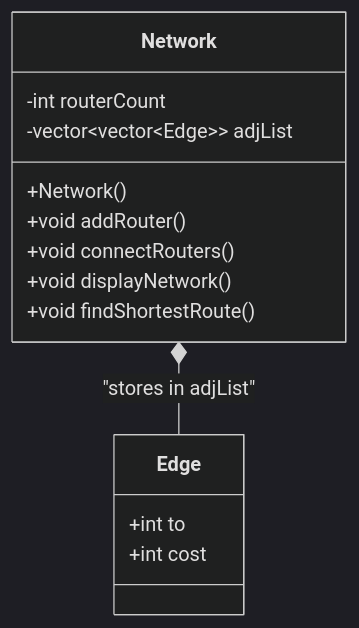
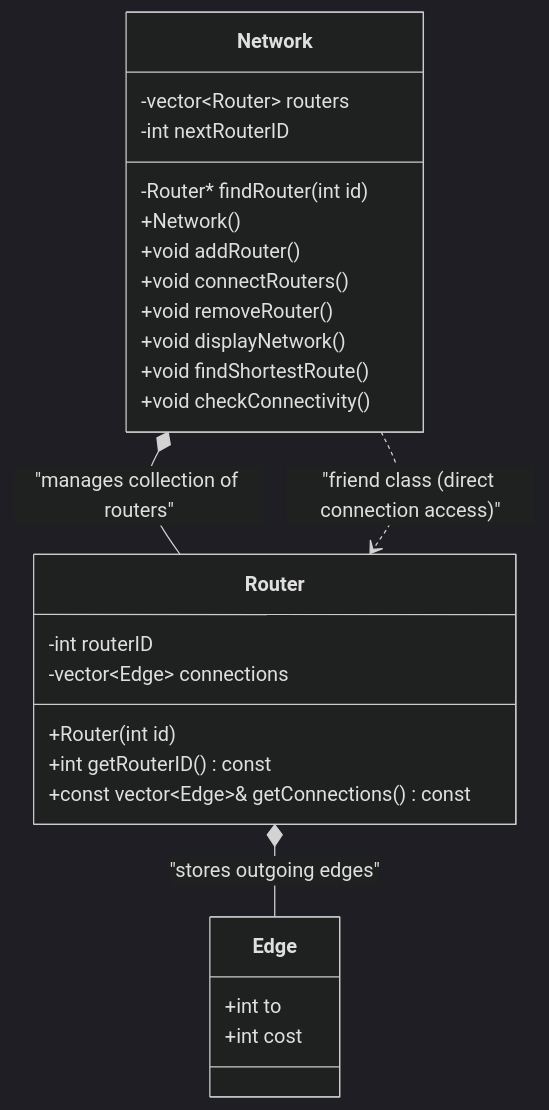
Before and after one commit to netizen-om/NetRouteSimulator: the diagram in OOP_DESIGN.md, drawn with Mermaid (dark theme). The commit also changed other lines of this file and 4 other files, not shown here.

````diff
--- a/OOP_DESIGN.md
+++ b/OOP_DESIGN.md
@@ -16,21 +17,34 @@
 ```mermaid
 classDiagram
     direction TB
 
     class Edge {
         +int to
         +int cost
     }
 
+    class Router {
+        -int routerID
+        -vector~Edge~ connections
+        +Router(int id)
+        +int getRouterID() const
+        +const vector~Edge~& getConnections() const
+    }
+
     class Network {
-        -int routerCount
-        -vector~vector~Edge~~ adjList
+        -vector~Router~ routers
+        -int nextRouterID
+        -Router* findRouter(int id)
         +Network()
         +void addRouter()
         +void connectRouters()
+        +void removeRouter()
         +void displayNetwork()
         +void findShortestRoute()
+        +void checkConnectivity()
     }
 
-    Network *-- Edge : "stores in adjList"
+    Router *-- Edge : "stores outgoing edges"
+    Network *-- Router : "manages collection of routers"
+    Network ..> Router : "friend class (direct connection access)"
 ```
````
